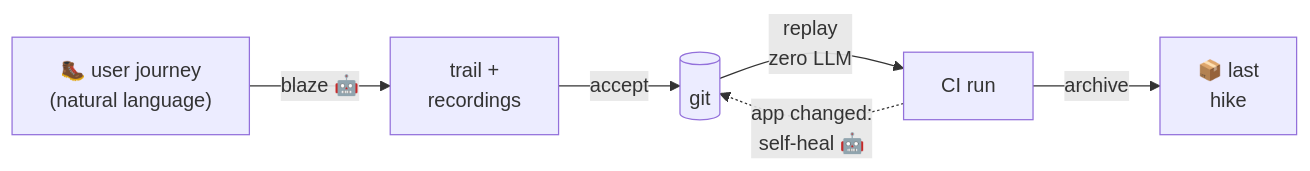
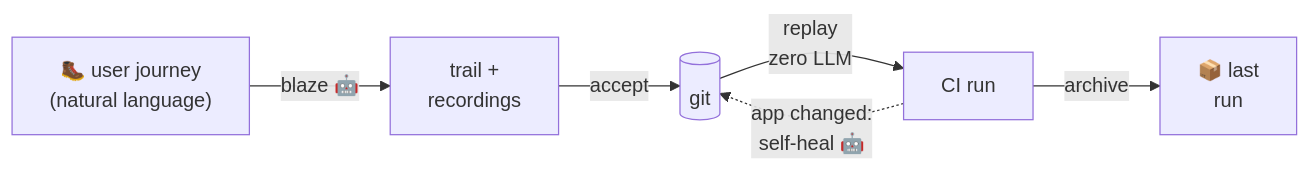
The diagram in droidcon/samdroidcon.md (block/trailblaze), drawn with Mermaid before and after one commit. The commit also changed other lines of this file and 1 other file, not shown here.

Commit message:
Terminology: 'last run', never 'hike'

````diff
--- a/droidcon/samdroidcon.md
+++ b/droidcon/samdroidcon.md
@@ -229,8 +229,8 @@
 ```mermaid {scale: 0.9}
 flowchart LR
   NL["🥾 user journey<br/>(natural language)"] -->|"blaze 🤖"| REC["trail +<br/>recordings"]
   REC -->|"accept"| GIT[("git")]
   GIT -->|"replay<br/>zero LLM"| CI["CI run"]
-  CI -->|"archive"| ZIP["📦 last<br/>hike"]
+  CI -->|"archive"| ZIP["📦 last<br/>run"]
   CI -.->|"app changed:<br/>self-heal 🤖"| GIT
 ```
````
